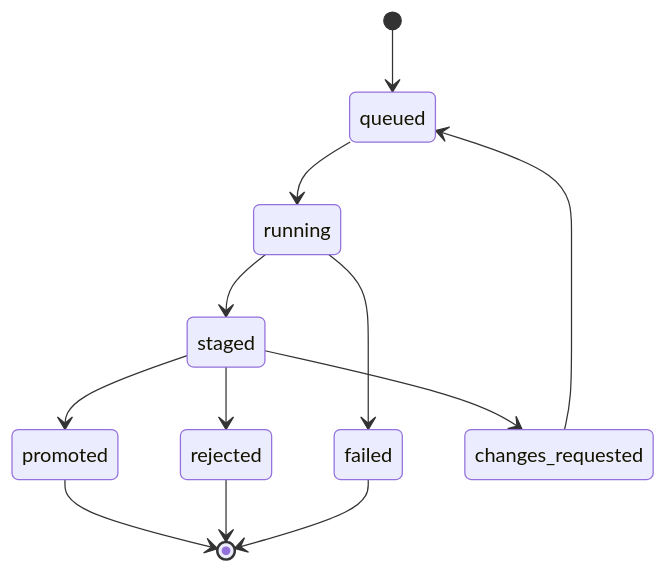
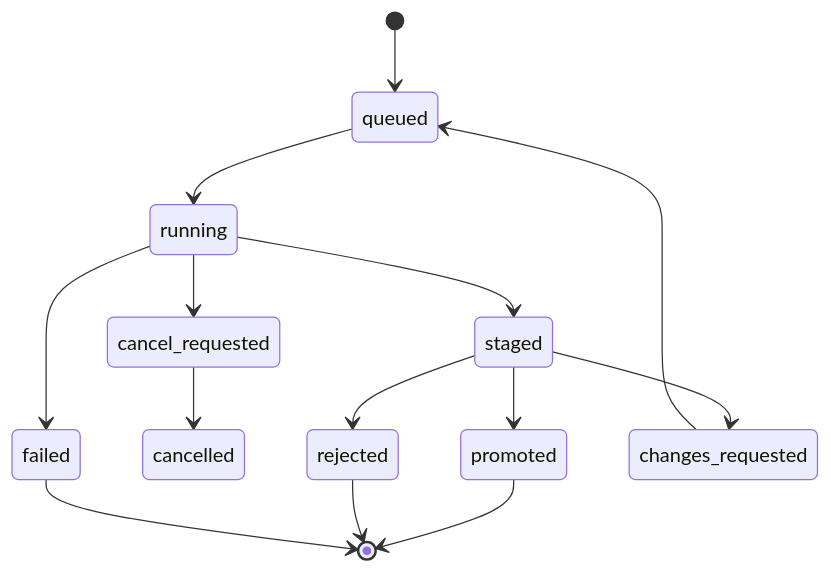
Before and after one commit to arc-pbc-co/hal-9000: the diagram in docs/development/HAL_REBUILD_PLAN.md, drawn with Mermaid. The commit also changed other lines of this file and 10 other files, not shown here.

````diff
--- a/docs/development/HAL_REBUILD_PLAN.md
+++ b/docs/development/HAL_REBUILD_PLAN.md
@@ -234,14 +238,16 @@
 ```mermaid
 stateDiagram-v2
   [*] --> queued
   queued --> running
   running --> staged
   running --> failed
+  running --> cancel_requested
+  cancel_requested --> cancelled
   staged --> promoted
   staged --> rejected
   staged --> changes_requested
   changes_requested --> queued
   promoted --> [*]
   rejected --> [*]
   failed --> [*]
 ```
````
